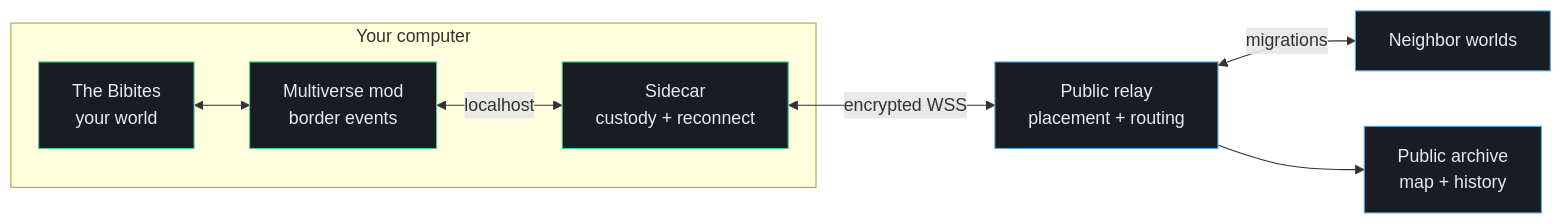
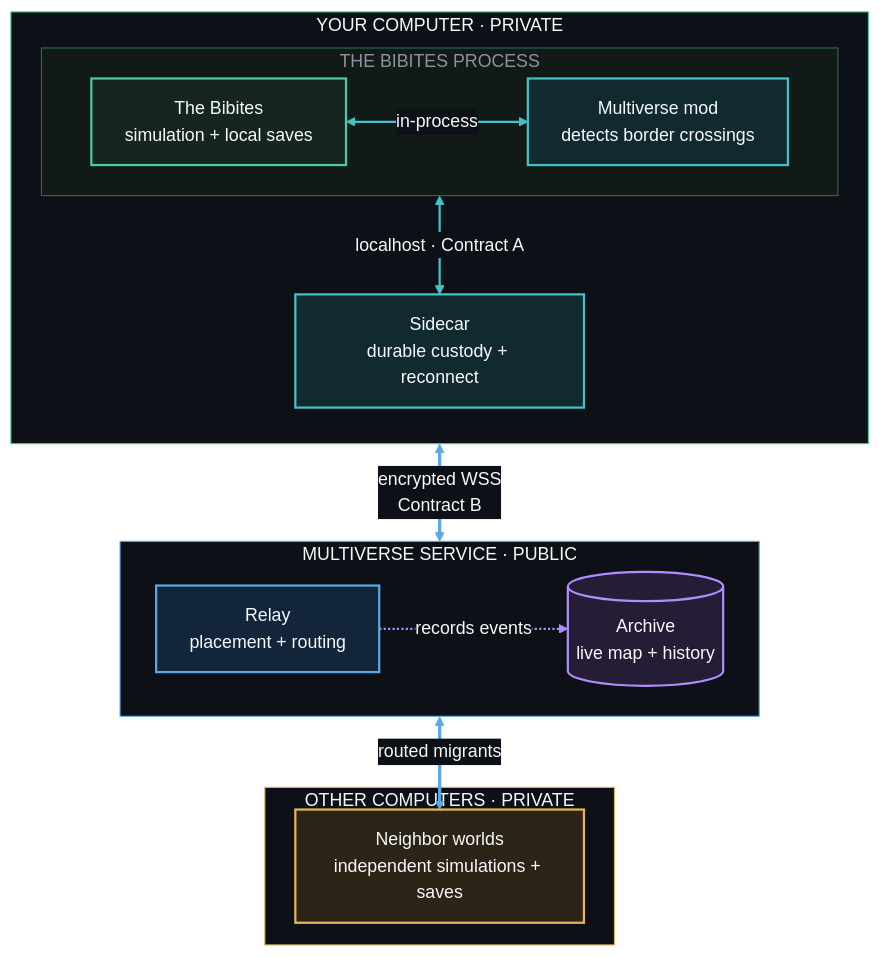
The diagram in README.md (jpinedaa/bibites-multiverse), drawn with Mermaid before and after one commit.

Commit message:
Improve README architecture diagram

````diff
--- a/README.md
+++ b/README.md
@@ -126,19 +126,53 @@
 ```mermaid
-flowchart LR
-    subgraph Local["Your computer"]
-        Game["The Bibites<br/>your world"]
-        Mod["Multiverse mod<br/>border events"]
-        Sidecar["Sidecar<br/>custody + reconnect"]
-        Game <--> Mod
-        Mod <-->|localhost| Sidecar
+%%{init: {"theme":"base","fontFamily":"Arial, sans-serif","flowchart":{"nodeSpacing":35,"rankSpacing":40,"diagramPadding":8},"themeVariables":{"background":"transparent","primaryTextColor":"#f6f8fa","textColor":"#f6f8fa","lineColor":"#8b949e","edgeLabelBackground":"#0d1117"}}}%%
+flowchart TB
+    accTitle: How Bibites Multiverse connects independent simulations
+    accDescr: A local game uses the mod and sidecar to exchange organisms through the public relay. The archive records events, while every world and save remains on its owner's computer.
+
+    subgraph PLAYER["YOUR COMPUTER · PRIVATE"]
+        direction TB
+        subgraph GAME_PROCESS["THE BIBITES PROCESS"]
+            direction LR
+            Game["The Bibites<br/>simulation + local saves"]
+            Mod["Multiverse mod<br/>detects border crossings"]
+            Game <-->|"in-process"| Mod
+        end
+        Sidecar["Sidecar<br/>durable custody + reconnect"]
+        Mod <-->|"localhost · Contract A"| Sidecar
     end
 
-    Sidecar <-->|encrypted WSS| Relay["Public relay<br/>placement + routing"]
-    Relay <-->|migrations| Neighbors["Neighbor worlds"]
-    Relay --> Archive["Public archive<br/>map + history"]
+    subgraph SERVICE["MULTIVERSE SERVICE · PUBLIC"]
+        direction LR
+        Relay["Relay<br/>placement + routing"]
+        Archive[("Archive<br/>live map + history")]
+        Relay -.->|"records events"| Archive
+    end
 
-    classDef local fill:#191d22,stroke:#4ec9a0,color:#e6e9ee
-    classDef public fill:#191d22,stroke:#5aa9e6,color:#e6e9ee
-    class Game,Mod,Sidecar local
-    class Relay,Neighbors,Archive public
+    subgraph PEERS["OTHER COMPUTERS · PRIVATE"]
+        Neighbors["Neighbor worlds<br/>independent simulations + saves"]
+    end
+
+    Sidecar <-->|"encrypted WSS<br/>Contract B"| Relay
+    Relay <-->|"routed migrants"| Neighbors
+
+    classDef game fill:#16251f,stroke:#4ec9a0,stroke-width:2px,color:#f6f8fa
+    classDef local fill:#102a30,stroke:#46c2c7,stroke-width:2px,color:#f6f8fa
+    classDef service fill:#13253b,stroke:#5aa9e6,stroke-width:2px,color:#f6f8fa
+    classDef archive fill:#251c36,stroke:#b18cff,stroke-width:2px,color:#f6f8fa
+    classDef peer fill:#2b2417,stroke:#e7b65c,stroke-width:2px,color:#f6f8fa
+
+    class Game game
+    class Mod,Sidecar local
+    class Relay service
+    class Archive archive
+    class Neighbors peer
+
+    style PLAYER fill:#0d1117,stroke:#4ec9a0,stroke-width:1px,color:#f6f8fa
+    style GAME_PROCESS fill:#111a17,stroke:#2d6a55,stroke-width:1px,color:#8b949e
+    style SERVICE fill:#0d1117,stroke:#5aa9e6,stroke-width:1px,color:#f6f8fa
+    style PEERS fill:#0d1117,stroke:#e7b65c,stroke-width:1px,color:#f6f8fa
+
+    linkStyle 0,1 stroke:#46c2c7,stroke-width:2px
+    linkStyle 2 stroke:#b18cff,stroke-width:2px
+    linkStyle 3,4 stroke:#5aa9e6,stroke-width:3px
 ```
````
